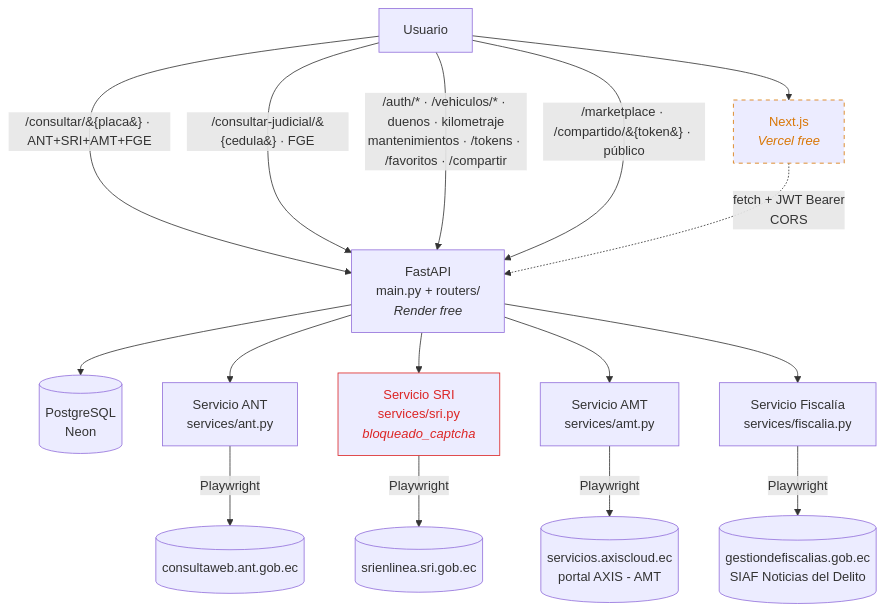
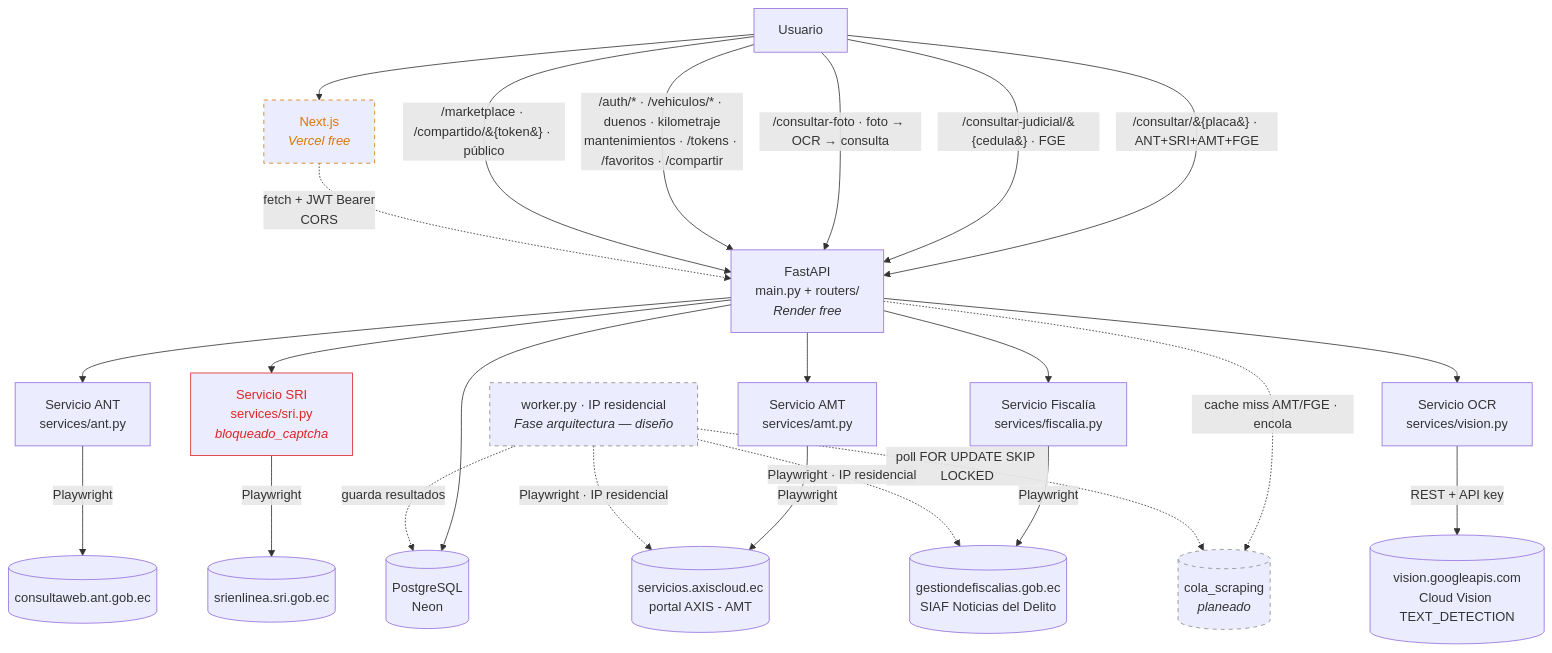
One commit to VMarcosGC/consulta-placas-ec changed the first of 6 diagrams in docs/arquitectura.md. Above: the diagram before and after it, drawn with Mermaid. The commit also changed other lines of this file and 7 other files, not shown here.

First line of the commit message:
feat: Fase 5 - endpoint OCR con Google Cloud Vision y diseño worker

````diff
--- a/docs/arquitectura.md
+++ b/docs/arquitectura.md
@@ -13,39 +13,53 @@
 ```mermaid
 graph TD
     Usuario[Usuario]
     Web[Next.js<br/><i>Vercel free</i>]:::wip
 
     API[FastAPI<br/>main.py + routers/<br/><i>Render free</i>]
     Cache[(PostgreSQL<br/>Neon)]
     ANT[Servicio ANT<br/>services/ant.py]
     SRI[Servicio SRI<br/>services/sri.py<br/><i>bloqueado_captcha</i>]:::limitado
     AMT[Servicio AMT<br/>services/amt.py]
     FGE[Servicio Fiscalía<br/>services/fiscalia.py]
+    OCR[Servicio OCR<br/>services/vision.py]
+
+    Worker[worker.py · IP residencial<br/><i>Fase arquitectura — diseño</i>]:::futuro
+    Cola[(cola_scraping<br/><i>planeado</i>)]:::futuro
 
     ANTWeb[(consultaweb.ant.gob.ec)]
     SRIWeb[(srienlinea.sri.gob.ec)]
     AMTWeb[(servicios.axiscloud.ec<br/>portal AXIS - AMT)]
     FGEWeb[(gestiondefiscalias.gob.ec<br/>SIAF Noticias del Delito)]
+    VisionWeb[(vision.googleapis.com<br/>Cloud Vision TEXT_DETECTION)]
 
     Usuario --> Web
     Usuario -->|/consultar/&#123;placa&#125; · ANT+SRI+AMT+FGE| API
     Usuario -->|/consultar-judicial/&#123;cedula&#125; · FGE| API
+    Usuario -->|/consultar-foto · foto → OCR → consulta| API
     Usuario -->|/auth/* · /vehiculos/* · duenos · kilometraje<br/>mantenimientos · /tokens · /favoritos · /compartir| API
     Usuario -->|/marketplace · /compartido/&#123;token&#125; · público| API
     Web -.->|fetch + JWT Bearer<br/>CORS| API
 
     API --> Cache
     API --> ANT
     API --> SRI
     API --> AMT
     API --> FGE
+    API --> OCR
 
     ANT -->|Playwright| ANTWeb
     SRI -->|Playwright| SRIWeb
     AMT -->|Playwright| AMTWeb
     FGE -->|Playwright| FGEWeb
+    OCR -->|REST + API key| VisionWeb
+
+    API -.->|cache miss AMT/FGE · encola| Cola
+    Worker -.->|poll FOR UPDATE SKIP LOCKED| Cola
+    Worker -.->|Playwright · IP residencial| AMTWeb
+    Worker -.->|Playwright · IP residencial| FGEWeb
+    Worker -.->|guarda resultados| Cache
 
     classDef futuro stroke-dasharray: 5 5, stroke:#888;
     classDef wip stroke-dasharray: 5 5, stroke:#d97706, color:#d97706;
     classDef limitado stroke:#dc2626, color:#dc2626;
 ```
````
